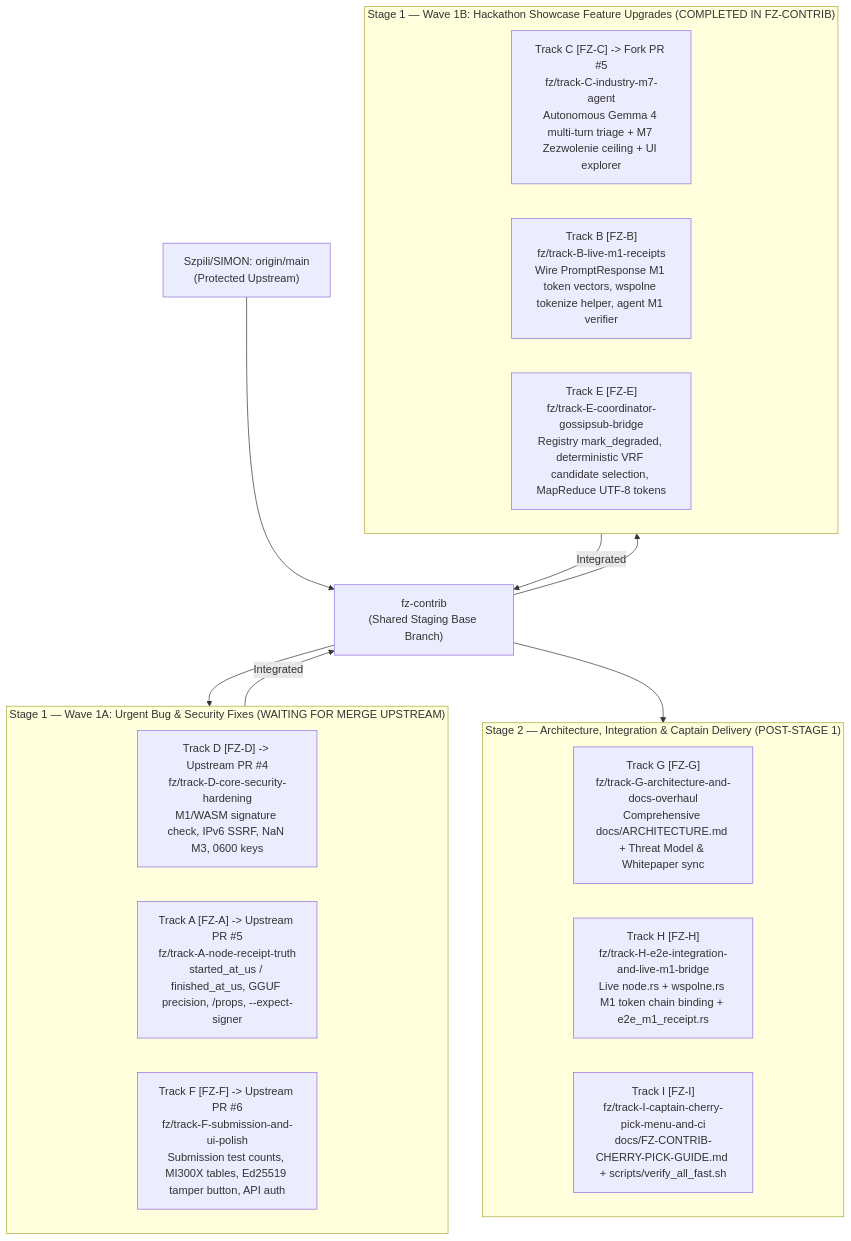
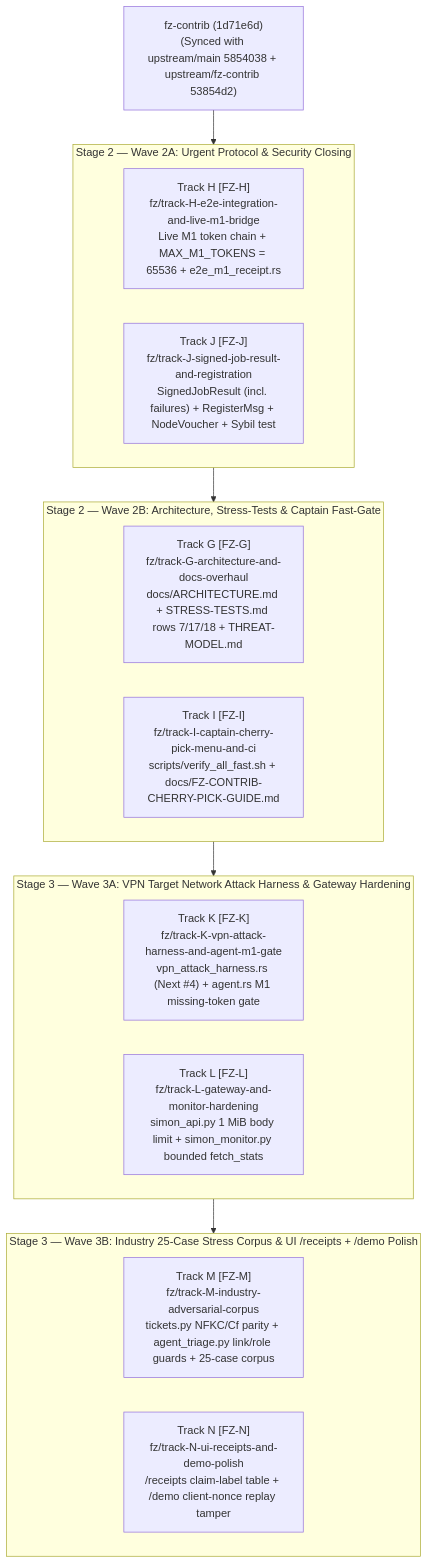
The diagram in 05_HACKATHON_ROADMAP_AND_PR_CATALOG.md (filipzarzynski/SIMPN_ARGON_HANDOWER), drawn with Mermaid before and after one commit. The commit also changed other lines of this file and 24 other files, not shown here.

Commit message:
feat(stage2-3): add Stage 1 Captain review post-mortem, guardrails skill, and Stage 2/3 wave specs (Tracks G-N)

````diff
--- a/05_HACKATHON_ROADMAP_AND_PR_CATALOG.md
+++ b/05_HACKATHON_ROADMAP_AND_PR_CATALOG.md
@@ -24,30 +24,29 @@
 ```mermaid
 flowchart TD
-    Main["Szpili/SIMON: origin/main<br/>(Protected Upstream)"]
-    FZ["fz-contrib<br/>(Shared Staging Base Branch)"]
-    Main --> FZ
+    Base["fz-contrib (1d71e6d)<br/>(Synced with upstream/main 5854038 + upstream/fz-contrib 53854d2)"]
 
-    subgraph Wave1A["Stage 1 — Wave 1A: Urgent Bug & Security Fixes (WAITING FOR MERGE UPSTREAM)"]
-        TD["Track D [FZ-D] -> Upstream PR #4<br/>fz/track-D-core-security-hardening<br/>M1/WASM signature check, IPv6 SSRF, NaN M3, 0600 keys"]
-        TA["Track A [FZ-A] -> Upstream PR #5<br/>fz/track-A-node-receipt-truth<br/>started_at_us / finished_at_us, GGUF precision, /props, --expect-signer"]
-        TF["Track F [FZ-F] -> Upstream PR #6<br/>fz/track-F-submission-and-ui-polish<br/>Submission test counts, MI300X tables, Ed25519 tamper button, API auth"]
+    subgraph Wave2A["Stage 2 — Wave 2A: Urgent Protocol & Security Closing"]
+        TH["Track H [FZ-H]<br/>fz/track-H-e2e-integration-and-live-m1-bridge<br/>Live M1 token chain + MAX_M1_TOKENS = 65536 + e2e_m1_receipt.rs"]
+        TJ["Track J [FZ-J]<br/>fz/track-J-signed-job-result-and-registration<br/>SignedJobResult (incl. failures) + RegisterMsg + NodeVoucher + Sybil test"]
     end
 
-    subgraph Wave1B["Stage 1 — Wave 1B: Hackathon Showcase Feature Upgrades (COMPLETED IN FZ-CONTRIB)"]
-        TC["Track C [FZ-C] -> Fork PR #5<br/>fz/track-C-industry-m7-agent<br/>Autonomous Gemma 4 multi-turn triage + M7 Zezwolenie ceiling + UI explorer"]
-        TB["Track B [FZ-B]<br/>fz/track-B-live-m1-receipts<br/>Wire PromptResponse M1 token vectors, wspolne tokenize helper, agent M1 verifier"]
-        TE["Track E [FZ-E]<br/>fz/track-E-coordinator-gossipsub-bridge<br/>Registry mark_degraded, deterministic VRF candidate selection, MapReduce UTF-8 tokens"]
+    subgraph Wave2B["Stage 2 — Wave 2B: Architecture, Stress-Tests & Captain Fast-Gate"]
+        TG["Track G [FZ-G]<br/>fz/track-G-architecture-and-docs-overhaul<br/>docs/ARCHITECTURE.md + STRESS-TESTS.md rows 7/17/18 + THREAT-MODEL.md"]
+        TI["Track I [FZ-I]<br/>fz/track-I-captain-cherry-pick-menu-and-ci<br/>scripts/verify_all_fast.sh + docs/FZ-CONTRIB-CHERRY-PICK-GUIDE.md"]
     end
 
-    subgraph Stage2["Stage 2 — Architecture, Integration & Captain Delivery (POST-STAGE 1)"]
-        TG["Track G [FZ-G]<br/>fz/track-G-architecture-and-docs-overhaul<br/>Comprehensive docs/ARCHITECTURE.md + Threat Model & Whitepaper sync"]
-        TH["Track H [FZ-H]<br/>fz/track-H-e2e-integration-and-live-m1-bridge<br/>Live node.rs + wspolne.rs M1 token chain binding + e2e_m1_receipt.rs"]
-        TI["Track I [FZ-I]<br/>fz/track-I-captain-cherry-pick-menu-and-ci<br/>docs/FZ-CONTRIB-CHERRY-PICK-GUIDE.md + scripts/verify_all_fast.sh"]
+    subgraph Wave3A["Stage 3 — Wave 3A: VPN Target Network Attack Harness & Gateway Hardening"]
+        TK["Track K [FZ-K]<br/>fz/track-K-vpn-attack-harness-and-agent-m1-gate<br/>vpn_attack_harness.rs (Next #4) + agent.rs M1 missing-token gate"]
+        TL["Track L [FZ-L]<br/>fz/track-L-gateway-and-monitor-hardening<br/>simon_api.py 1 MiB body limit + simon_monitor.py bounded fetch_stats"]
     end
 
-    FZ --> Wave1A
-    FZ --> Wave1B
-    Wave1A -->|"Integrated"| FZ
-    Wave1B -->|"Integrated"| FZ
-    FZ --> Stage2
+    subgraph Wave3B["Stage 3 — Wave 3B: Industry 25-Case Stress Corpus & UI /receipts + /demo Polish"]
+        TM["Track M [FZ-M]<br/>fz/track-M-industry-adversarial-corpus<br/>tickets.py NFKC/Cf parity + agent_triage.py link/role guards + 25-case corpus"]
+        TN["Track N [FZ-N]<br/>fz/track-N-ui-receipts-and-demo-polish<br/>/receipts claim-label table + /demo client-nonce replay tamper"]
+    end
+
+    Base --> Wave2A
+    Wave2A --> Wave2B
+    Wave2B --> Wave3A
+    Wave3A --> Wave3B
 ```
````
